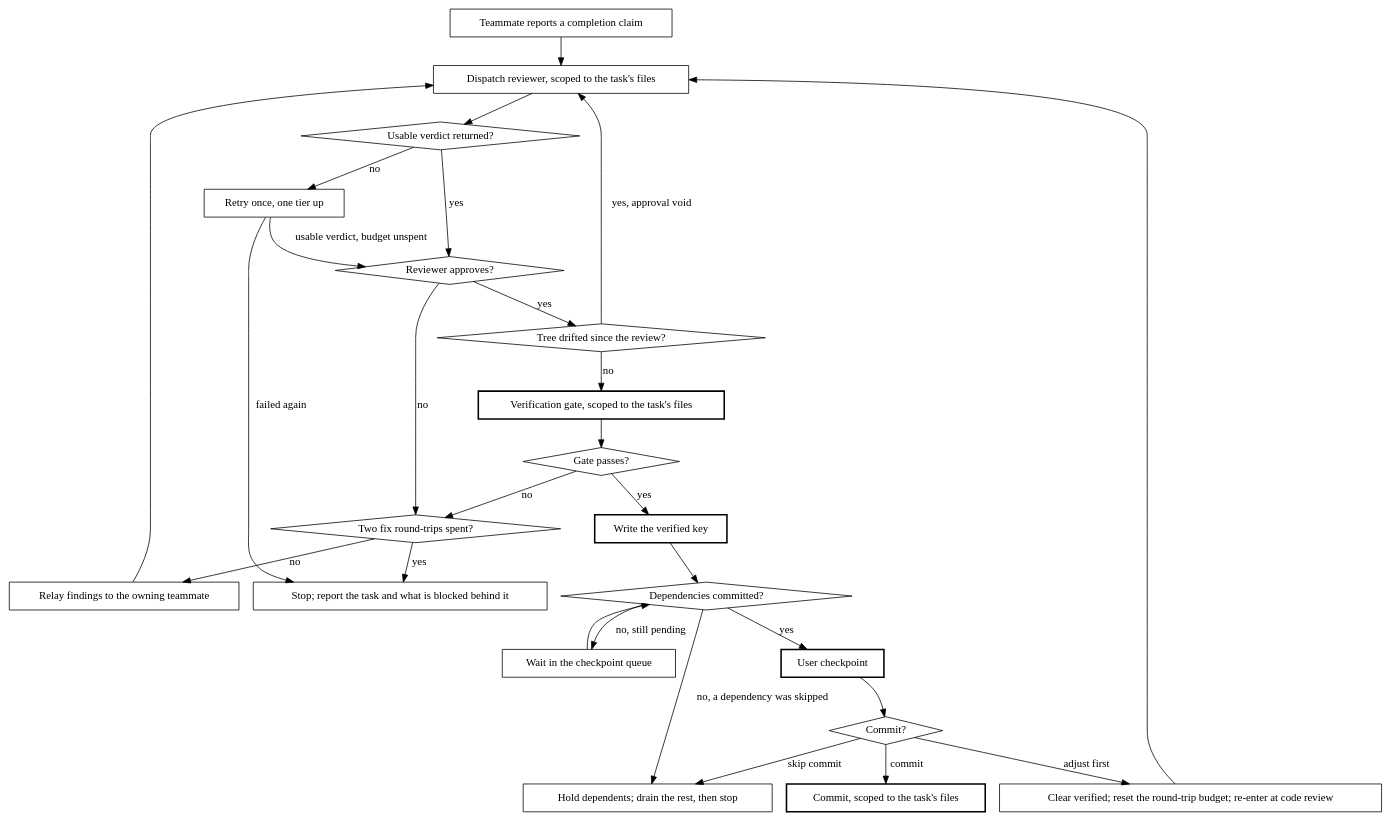
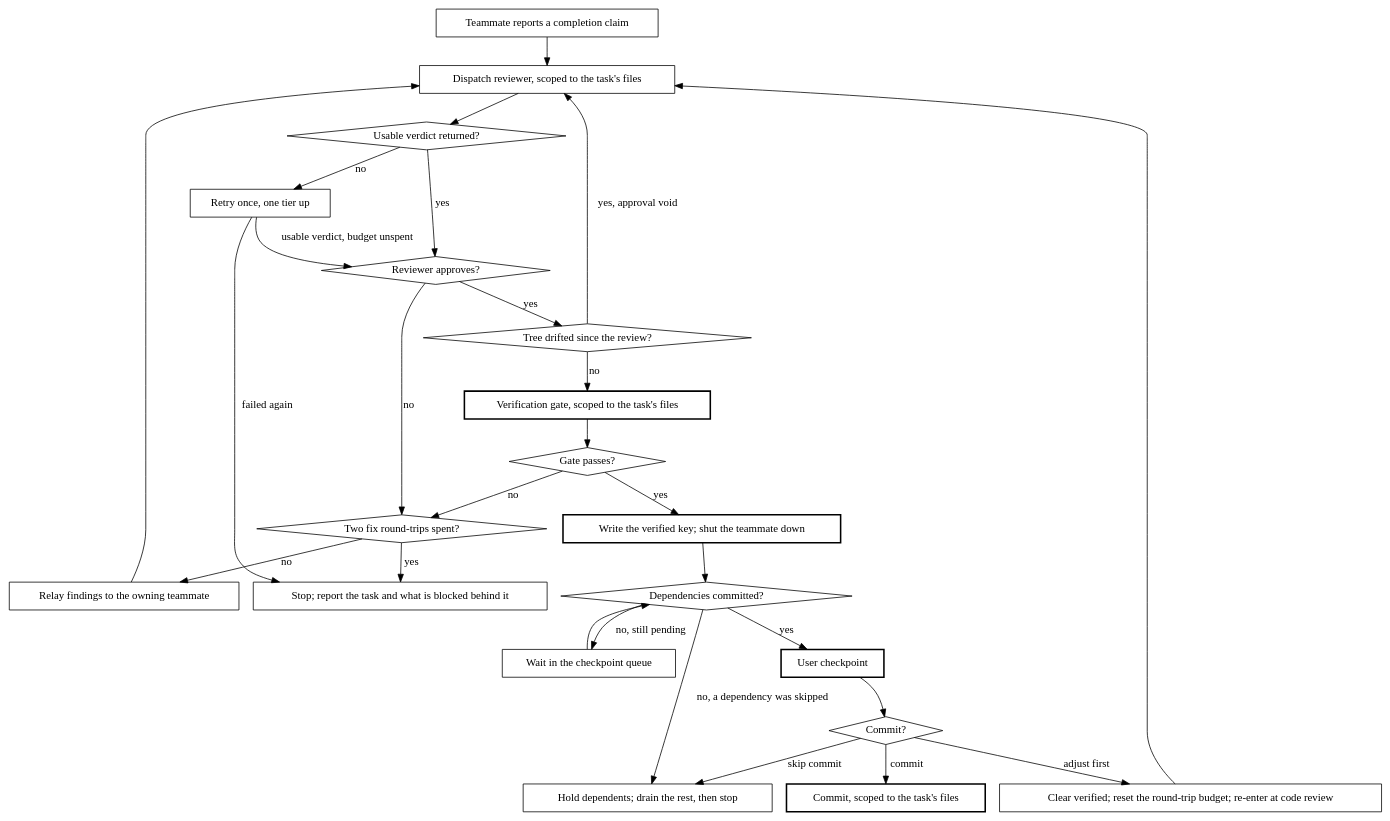
Before and after one commit to philipobenito/elelem: the diagram in skills/orchestrated-implementation/SKILL.md, drawn with Graphviz. The commit also changed other lines of this file and 1 other file, not shown here.

First line of the commit message:
refactor: enforce one teammate per task in orchestrated-implementation

````diff
--- a/skills/orchestrated-implementation/SKILL.md
+++ b/skills/orchestrated-implementation/SKILL.md
@@ -187,52 +187,52 @@
 ```dot
 digraph per_task {
     rankdir=TB;
 
     "Teammate reports a completion claim" [shape=box];
     "Dispatch reviewer, scoped to the task's files" [shape=box];
     "Usable verdict returned?" [shape=diamond];
     "Retry once, one tier up" [shape=box];
     "Reviewer approves?" [shape=diamond];
     "Relay findings to the owning teammate" [shape=box];
     "Two fix round-trips spent?" [shape=diamond];
     "Stop; report the task and what is blocked behind it" [shape=box];
     "Tree drifted since the review?" [shape=diamond];
     "Verification gate, scoped to the task's files" [shape=box, style=bold];
     "Gate passes?" [shape=diamond];
-    "Write the verified key" [shape=box, style=bold];
+    "Write the verified key; shut the teammate down" [shape=box, style=bold];
     "Dependencies committed?" [shape=diamond];
     "Wait in the checkpoint queue" [shape=box];
     "User checkpoint" [shape=box, style=bold];
     "Commit?" [shape=diamond];
     "Commit, scoped to the task's files" [shape=box, style=bold];
     "Clear verified; reset the round-trip budget; re-enter at code review" [shape=box];
     "Hold dependents; drain the rest, then stop" [shape=box];
 
     "Teammate reports a completion claim" -> "Dispatch reviewer, scoped to the task's files";
     "Dispatch reviewer, scoped to the task's files" -> "Usable verdict returned?";
     "Usable verdict returned?" -> "Retry once, one tier up" [label="no"];
     "Retry once, one tier up" -> "Reviewer approves?" [label="usable verdict, budget unspent"];
     "Retry once, one tier up" -> "Stop; report the task and what is blocked behind it" [label="failed again"];
     "Usable verdict returned?" -> "Reviewer approves?" [label="yes"];
     "Reviewer approves?" -> "Two fix round-trips spent?" [label="no"];
     "Two fix round-trips spent?" -> "Stop; report the task and what is blocked behind it" [label="yes"];
     "Two fix round-trips spent?" -> "Relay findings to the owning teammate" [label="no"];
     "Relay findings to the owning teammate" -> "Dispatch reviewer, scoped to the task's files";
     "Reviewer approves?" -> "Tree drifted since the review?" [label="yes"];
     "Tree drifted since the review?" -> "Dispatch reviewer, scoped to the task's files" [label="yes, approval void"];
     "Tree drifted since the review?" -> "Verification gate, scoped to the task's files" [label="no"];
     "Verification gate, scoped to the task's files" -> "Gate passes?";
     "Gate passes?" -> "Two fix round-trips spent?" [label="no"];
-    "Gate passes?" -> "Write the verified key" [label="yes"];
-    "Write the verified key" -> "Dependencies committed?";
+    "Gate passes?" -> "Write the verified key; shut the teammate down" [label="yes"];
+    "Write the verified key; shut the teammate down" -> "Dependencies committed?";
     "Dependencies committed?" -> "Wait in the checkpoint queue" [label="no, still pending"];
     "Dependencies committed?" -> "Hold dependents; drain the rest, then stop" [label="no, a dependency was skipped"];
     "Wait in the checkpoint queue" -> "Dependencies committed?";
     "Dependencies committed?" -> "User checkpoint" [label="yes"];
     "User checkpoint" -> "Commit?";
     "Commit?" -> "Commit, scoped to the task's files" [label="commit"];
     "Commit?" -> "Clear verified; reset the round-trip budget; re-enter at code review" [label="adjust first"];
     "Clear verified; reset the round-trip budget; re-enter at code review" -> "Dispatch reviewer, scoped to the task's files";
     "Commit?" -> "Hold dependents; drain the rest, then stop" [label="skip commit"];
 }
 ```
````
